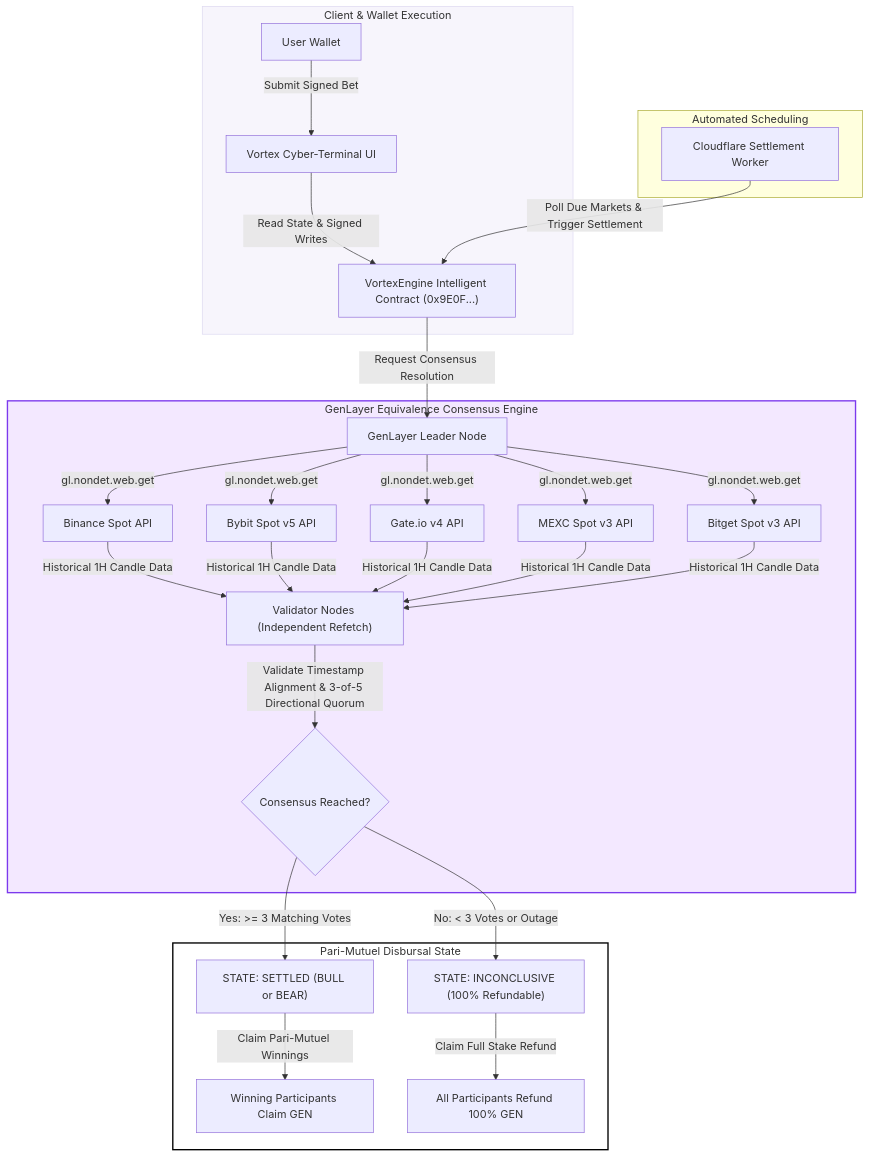
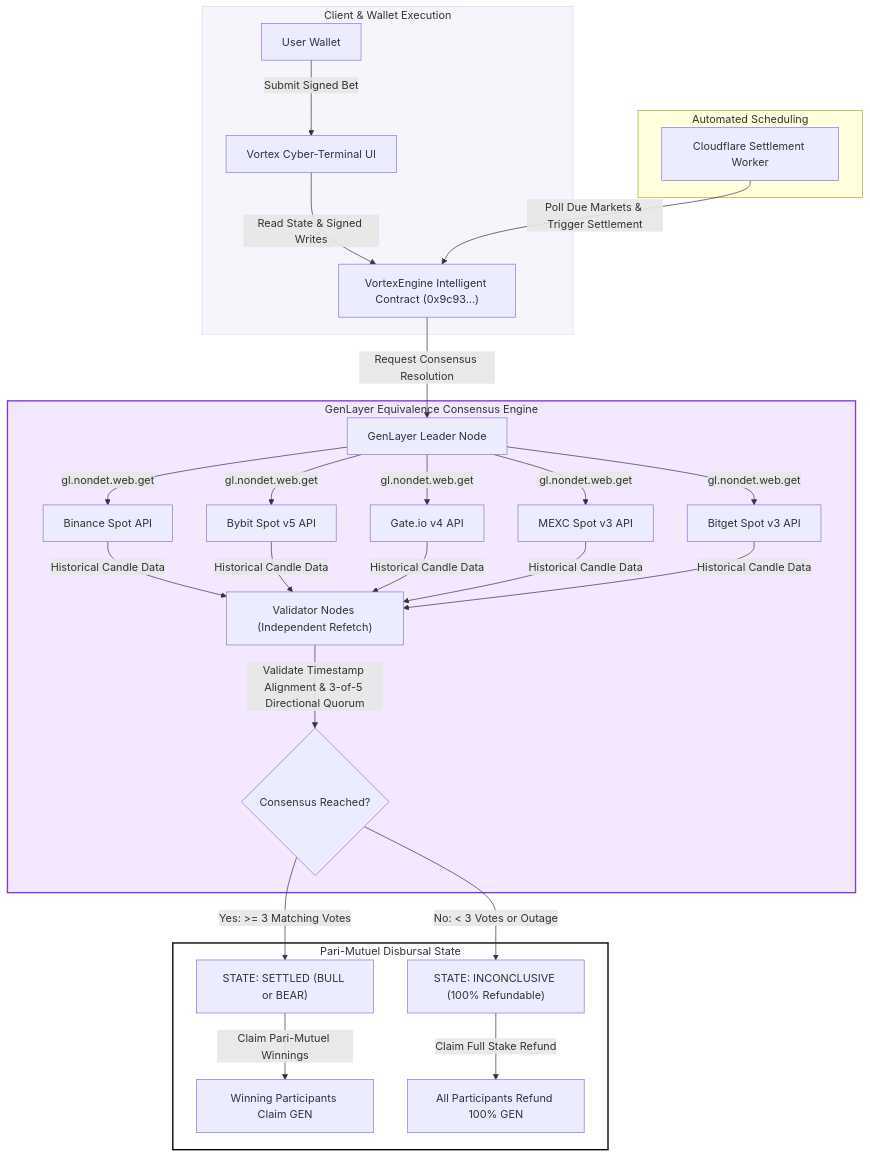
The diagram in README.md (k-beee/vortex-protocol), drawn with Mermaid before and after one commit. The commit also changed other lines of this file and 8 other files, not shown here.

````diff
--- a/README.md
+++ b/README.md
@@ -27,36 +27,36 @@
 ```mermaid
 flowchart TD
     subgraph Client_Layer ["Client & Wallet Execution"]
         U1["User Wallet"] -->|Submit Signed Bet| F["Vortex Cyber-Terminal UI"]
-        F -->|Read State & Signed Writes| C1["VortexEngine Intelligent Contract (0x9E0F...)"]
+        F -->|Read State & Signed Writes| C1["VortexEngine Intelligent Contract (0x9c93...)"]
     end
 
     subgraph Automation_Layer ["Automated Scheduling"]
         W["Cloudflare Settlement Worker"] -->|Poll Due Markets & Trigger Settlement| C1
     end
 
     subgraph Consensus_Layer ["GenLayer Equivalence Consensus Engine"]
         C1 -->|Request Consensus Resolution| G1["GenLayer Leader Node"]
         G1 -->|gl.nondet.web.get| E1["Binance Spot API"]
         G1 -->|gl.nondet.web.get| E2["Bybit Spot v5 API"]
         G1 -->|gl.nondet.web.get| E3["Gate.io v4 API"]
         G1 -->|gl.nondet.web.get| E4["MEXC Spot v3 API"]
         G1 -->|gl.nondet.web.get| E5["Bitget Spot v3 API"]
 
-        E1 & E2 & E3 & E4 & E5 -->|Historical 1H Candle Data| V1["Validator Nodes (Independent Refetch)"]
+        E1 & E2 & E3 & E4 & E5 -->|Historical Candle Data| V1["Validator Nodes (Independent Refetch)"]
         
         V1 -->|Validate Timestamp Alignment & 3-of-5 Directional Quorum| Q{"Consensus Reached?"}
     end
 
     subgraph Settlement_Layer ["Pari-Mutuel Disbursal State"]
         Q -->|Yes: >= 3 Matching Votes| S1["STATE: SETTLED (BULL or BEAR)"]
         Q -->|No: < 3 Votes or Outage| S2["STATE: INCONCLUSIVE (100% Refundable)"]
         
         S1 -->|Claim Pari-Mutuel Winnings| W1["Winning Participants Claim GEN"]
         S2 -->|Claim Full Stake Refund| W2["All Participants Refund 100% GEN"]
     end
 
     style Client_Layer fill:#f7f5fc,stroke:#ddd8f0,stroke-width:1px
     style Consensus_Layer fill:#f3e8ff,stroke:#7c3aed,stroke-width:2px
     style Settlement_Layer fill:#ffffff,stroke:#000000,stroke-width:2px
 ```
````
